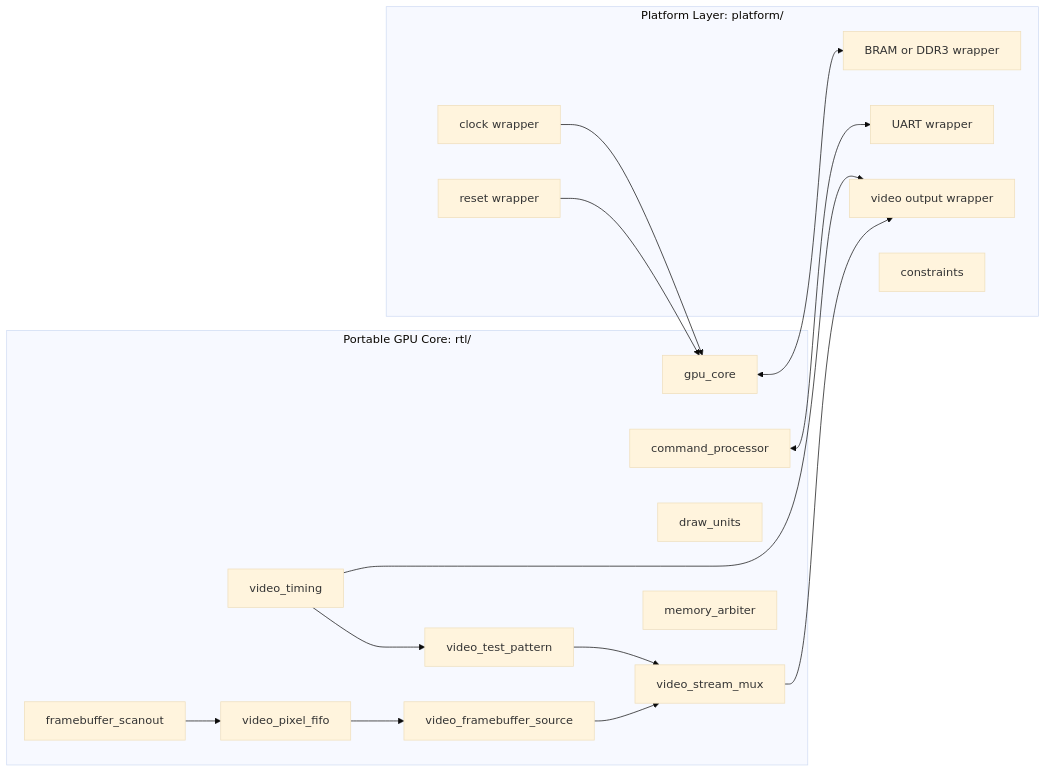
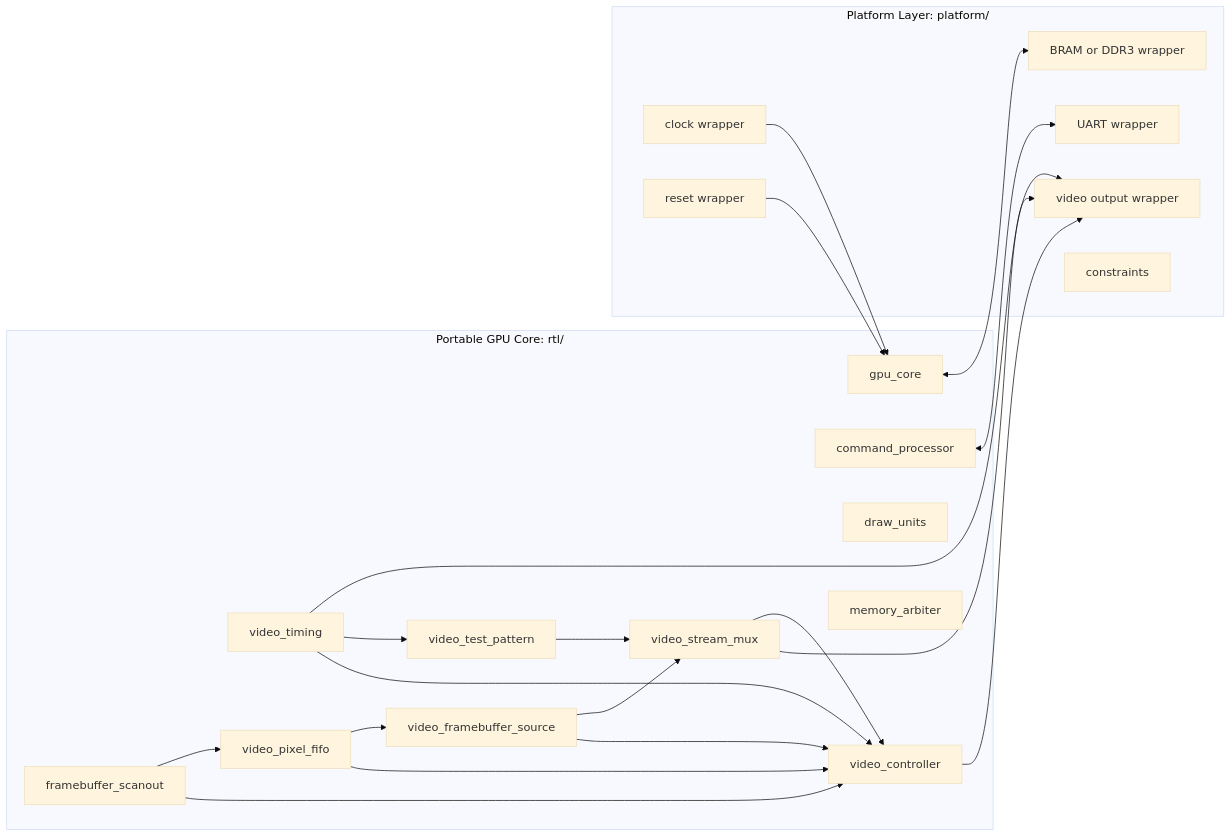
One commit to amanpdesai/baby-gpu changed the diagram in docs/architecture/design_boundaries.md. Above: the diagram before and after it, drawn with Mermaid (base theme). The commit also changed 10 other files, not shown here.

Commit message:
rtl: add portable video controller

````diff
--- a/docs/architecture/design_boundaries.md
+++ b/docs/architecture/design_boundaries.md
@@ -8,36 +8,43 @@
 ```mermaid
 flowchart LR
   subgraph Portable["Portable GPU Core: rtl/"]
     Core[gpu_core]
     Cmd[command_processor]
     Draw[draw_units]
     Scan[framebuffer_scanout]
     Timing[video_timing]
     Pattern[video_test_pattern]
     PixelFifo[video_pixel_fifo]
     FbSource[video_framebuffer_source]
     Mux[video_stream_mux]
+    VidCtrl[video_controller]
     Arb[memory_arbiter]
   end
 
   subgraph Platform["Platform Layer: platform/"]
     Clk[clock wrapper]
     Rst[reset wrapper]
     Vid[video output wrapper]
     Mem[BRAM or DDR3 wrapper]
     Uart[UART wrapper]
     Pins[constraints]
   end
 
   Core <--> Mem
   Timing --> Vid
   Timing --> Pattern
   Pattern --> Mux
   Scan --> PixelFifo
   PixelFifo --> FbSource
   FbSource --> Mux
+  Timing --> VidCtrl
+  Scan --> VidCtrl
+  PixelFifo --> VidCtrl
+  FbSource --> VidCtrl
+  Mux --> VidCtrl
+  VidCtrl --> Vid
   Mux --> Vid
   Cmd <--> Uart
   Clk --> Core
   Rst --> Core
 ```
````
